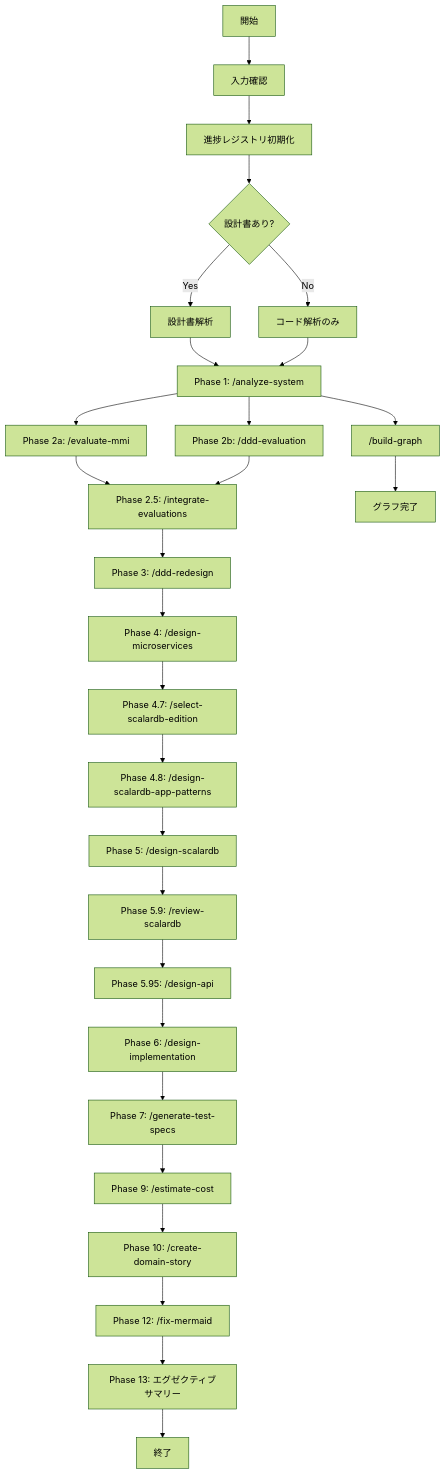
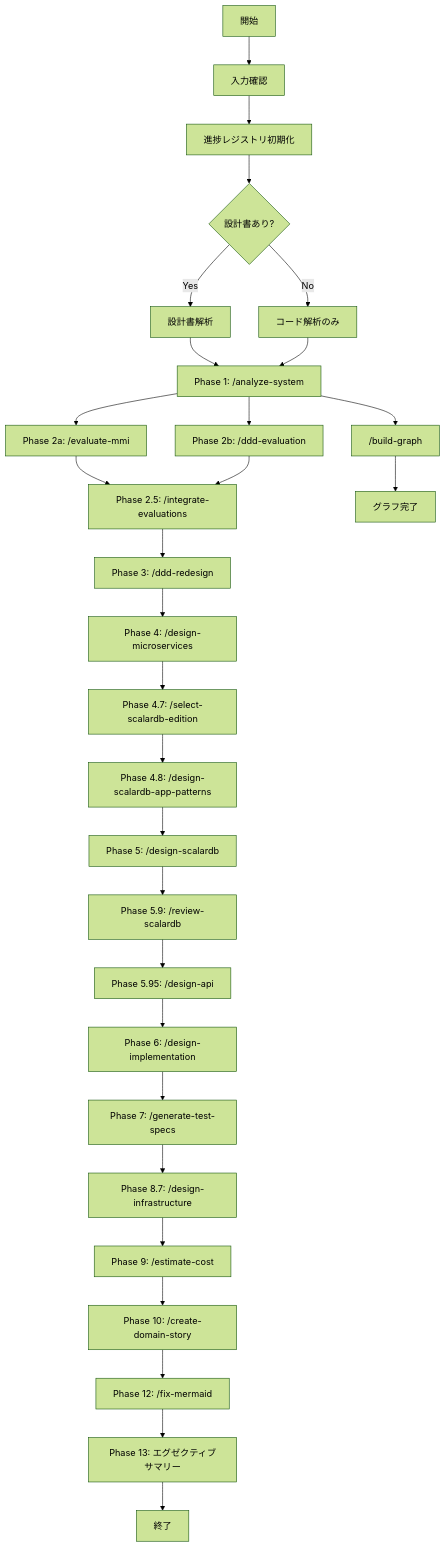
The diagram in .claude/skills/refactor-system/SKILL.md (wfukatsu/rearchitect-agent), drawn with Mermaid (forest theme) before and after one commit. The commit also changed other lines of this file and 2 other files, not shown here.

````diff
--- a/.claude/skills/refactor-system/SKILL.md
+++ b/.claude/skills/refactor-system/SKILL.md
@@ -137,31 +142,32 @@
 ```mermaid
 graph TD
     A["開始"] --> B["入力確認"]
     B --> PR["進捗レジストリ初期化"]
     PR --> C{"設計書あり?"}
     C -->|Yes| D["設計書解析"]
     C -->|No| E["コード解析のみ"]
     D --> F["Phase 1: /analyze-system"]
     E --> F
     F --> G["Phase 2a: /evaluate-mmi"]
     F --> G2["Phase 2b: /ddd-evaluation"]
     G --> H["Phase 2.5: /integrate-evaluations"]
     G2 --> H
     H --> I["Phase 3: /ddd-redesign"]
     I --> J["Phase 4: /design-microservices"]
     J --> K47["Phase 4.7: /select-scalardb-edition"]
     K47 --> K48["Phase 4.8: /design-scalardb-app-patterns"]
     K48 --> L["Phase 5: /design-scalardb"]
     L --> K59["Phase 5.9: /review-scalardb"]
     K59 --> K["Phase 5.95: /design-api"]
     K --> IMPL["Phase 6: /design-implementation"]
     IMPL --> TEST["Phase 7: /generate-test-specs"]
-    TEST --> M["Phase 9: /estimate-cost"]
+    TEST --> INFRA["Phase 8.7: /design-infrastructure"]
+    INFRA --> M["Phase 9: /estimate-cost"]
     M --> N["Phase 10: /create-domain-story"]
     N --> MV["Phase 12: /fix-mermaid"]
     MV --> O["Phase 13: エグゼクティブサマリー"]
     O --> P["終了"]
 
     F --> BG["/build-graph"]
     BG --> Q["グラフ完了"]
 ```
````
